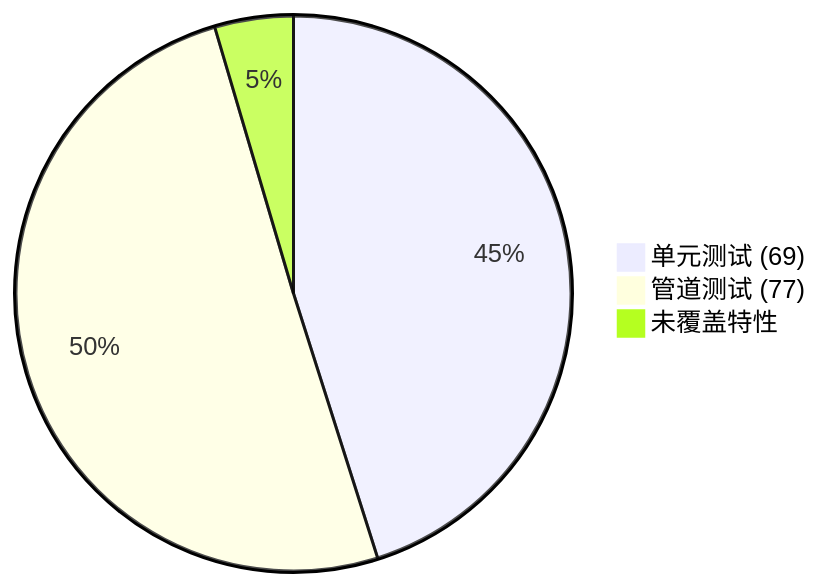
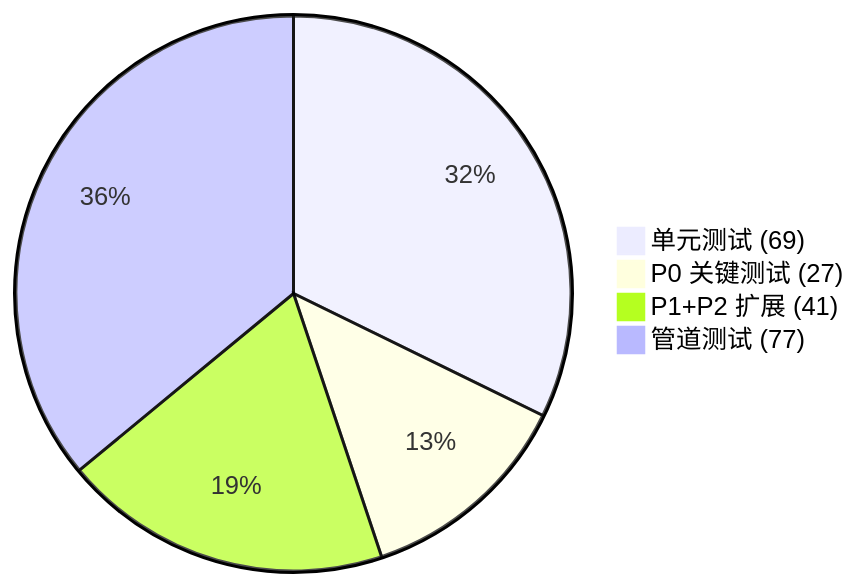
One commit to yuezi2048/BugVault changed the diagram in docs/tests/v1.1.1-test-report.md. Above: the diagram before and after it, drawn with Mermaid. The commit also changed other lines of this file and 3 other files, not shown here.

````diff
--- a/docs/tests/v1.1.1-test-report.md
+++ b/docs/tests/v1.1.1-test-report.md
@@ -454,6 +470,7 @@
 ```mermaid
 pie
     "单元测试 (69)" : 69
+    "P0 关键测试 (27)" : 27
+    "P1+P2 扩展 (41)" : 41
     "管道测试 (77)" : 77
-    "未覆盖特性" : 7
 ```
````
